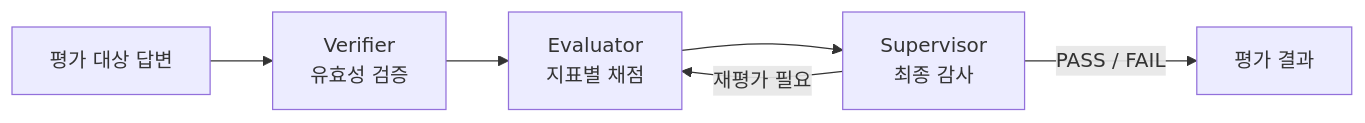
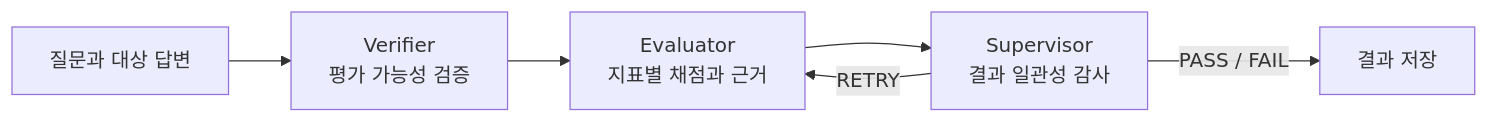
One commit to hjyoon99/AIEvalPlatform changed the first of 2 diagrams in README.md. Above: the diagram before and after it, drawn with Mermaid. The commit also changed other lines of this file and 6 other files, not shown here.

````diff
--- a/README.md
+++ b/README.md
@@ -128,8 +58,8 @@
 ```mermaid
 flowchart LR
-    Input[평가 대상 답변] --> Verifier[Verifier<br/>유효성 검증]
-    Verifier --> Evaluator[Evaluator<br/>지표별 채점]
-    Evaluator --> Supervisor[Supervisor<br/>최종 감사]
-    Supervisor -->|재평가 필요| Evaluator
-    Supervisor -->|PASS / FAIL| Result[평가 결과]
+    A[질문과 대상 답변] --> V[Verifier<br/>평가 가능성 검증]
+    V --> E[Evaluator<br/>지표별 채점과 근거]
+    E --> S[Supervisor<br/>결과 일관성 감사]
+    S -->|RETRY| E
+    S -->|PASS / FAIL| R[결과 저장]
 ```
````
